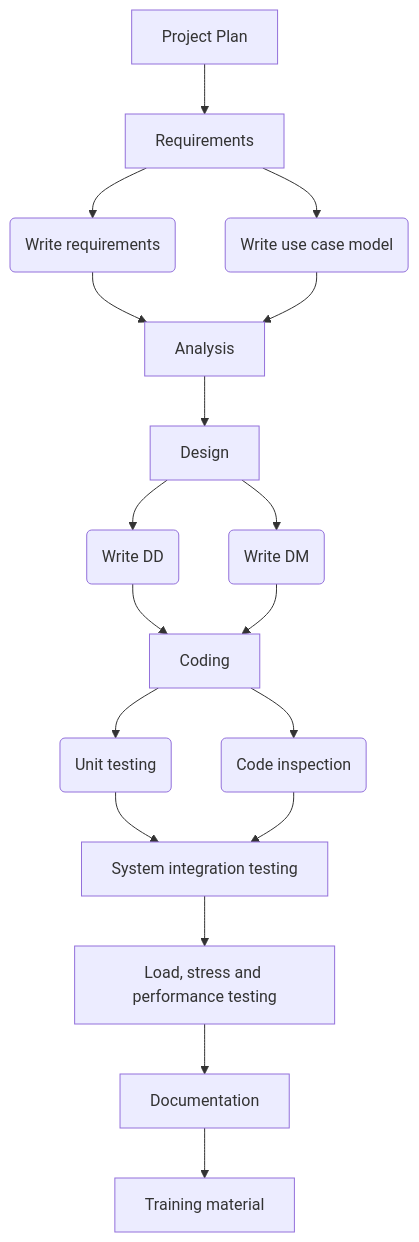
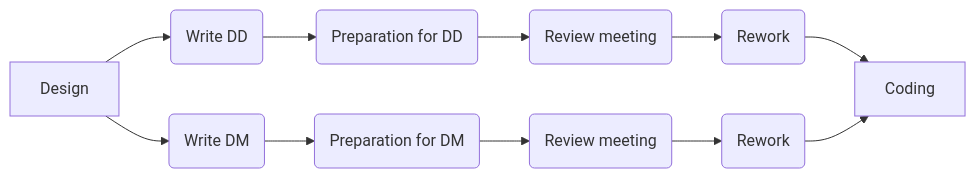
Before and after one commit to hanggrian/IIT-CS587: the fourth of 9 diagrams in assignments/hw1.md, drawn with Mermaid. The commit also changed other lines of this file and 6 other files, not shown here.

````diff
--- a/assignments/hw1.md
+++ b/assignments/hw1.md
@@ -167,20 +136,13 @@
 ```mermaid
-graph TB
-  A[Project Plan] --> B[Requirements]
-  B --> C(Write requirements)
-  B --> D(Write use case model)
-  C --> E[Analysis]
-  D --> E
-  E --> F[Design]
-  F --> G(Write DD)
-  F --> H(Write DM)
-  G --> I[Coding]
-  H --> I
-  I --> J(Unit testing)
-  I --> K(Code inspection)
-  J --> L[System integration testing]
-  K --> L
-  L --> M[Load, stress and performance testing]
-  M --> N[Documentation]
-  N --> O[Training material]
+graph LR
+  A[Design] --> B(Write DD)
+  A --> C(Write DM)
+  B --> D(Preparation for DD)
+  C --> E(Preparation for DM)
+  D --> G(Review meeting)
+  E --> H(Review meeting)
+  G --> I(Rework)
+  H --> J(Rework)
+  I --> K[Coding]
+  J --> K
 ```
````
